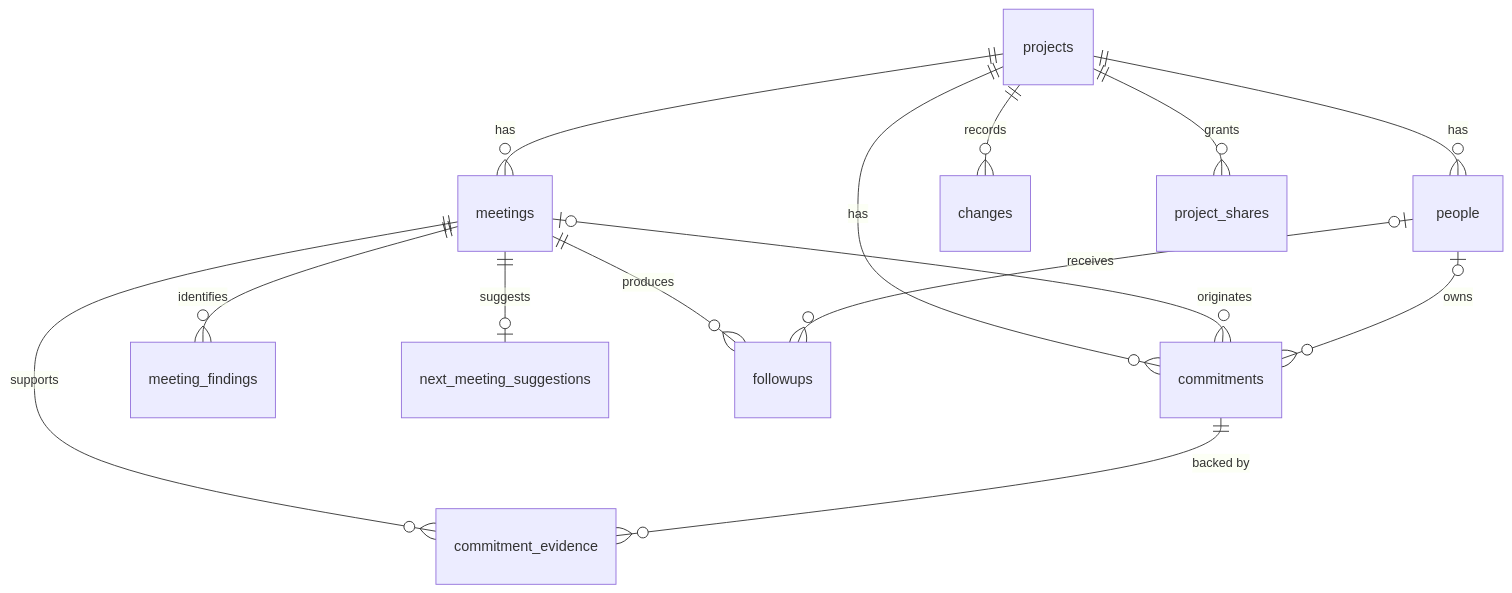
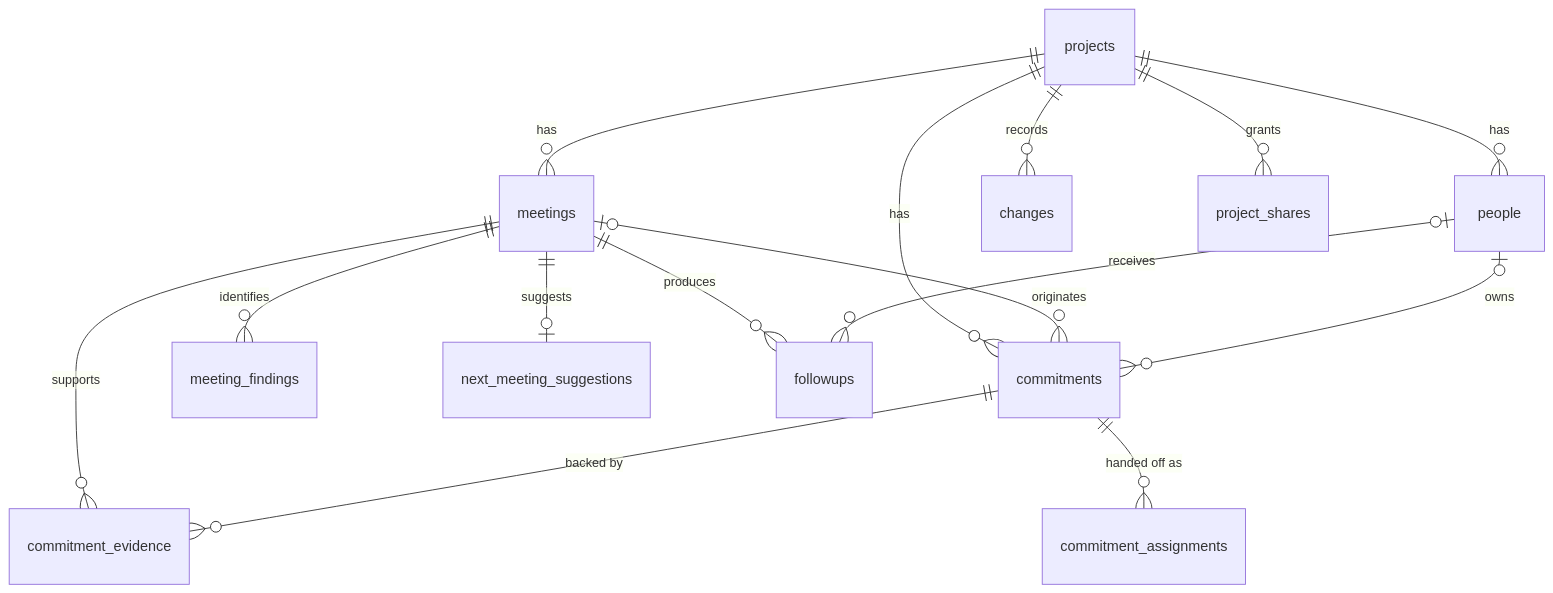
The second of 6 diagrams in docs/ARCHITECTURE.md (Chirag878/Pactlane), drawn with Mermaid before and after one commit. The commit also changed other lines of this file and 4 other files, not shown here.

````diff
--- a/docs/ARCHITECTURE.md
+++ b/docs/ARCHITECTURE.md
@@ -68,16 +69,17 @@
 ```mermaid
 erDiagram
   projects ||--o{ people : has
   projects ||--o{ meetings : has
   projects ||--o{ commitments : has
   projects ||--o{ changes : records
   projects ||--o{ project_shares : grants
   meetings ||--o{ commitment_evidence : supports
   meetings ||--o{ meeting_findings : identifies
   meetings ||--o| next_meeting_suggestions : suggests
   commitments ||--o{ commitment_evidence : "backed by"
   meetings |o--o{ commitments : originates
   people |o--o{ commitments : owns
   meetings ||--o{ followups : produces
   people |o--o{ followups : receives
+  commitments ||--o{ commitment_assignments : "handed off as"
 ```
````
